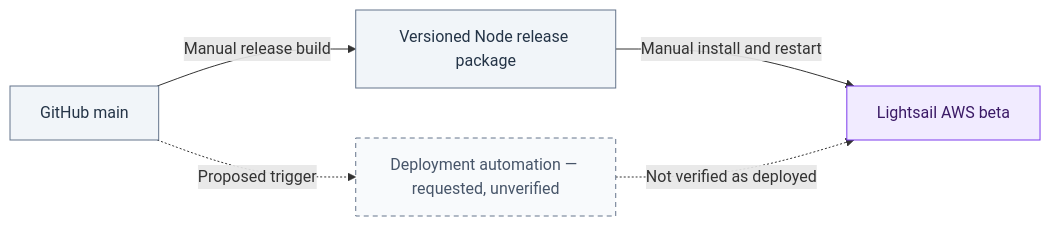
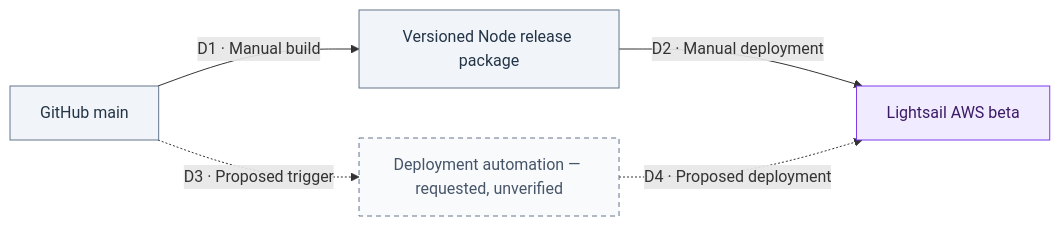
The second of 2 diagrams in docs/architecture.md (HewieTran/forrest-runs), drawn with Mermaid before and after one commit. The commit also changed other lines of this file, not shown here.

Commit message:
docs: number architecture connections and explain flow activities

````diff
--- a/docs/architecture.md
+++ b/docs/architecture.md
@@ -140,19 +162,19 @@
 ```mermaid
 flowchart LR
     source["GitHub main"]
     bundle["Versioned Node release package"]
     beta["Lightsail AWS beta"]
     automation["Deployment automation — requested, unverified"]
 
-    source -->|"Manual release build"| bundle
-    bundle -->|"Manual install and restart"| beta
-    source -.->|"Proposed trigger"| automation
-    automation -.->|"Not verified as deployed"| beta
+    source -->|"D1 · Manual build"| bundle
+    bundle -->|"D2 · Manual deployment"| beta
+    source -.->|"D3 · Proposed trigger"| automation
+    automation -.->|"D4 · Proposed deployment"| beta
 
     classDef delivery fill:#F1F5F9,stroke:#64748B,color:#243447
     classDef compute fill:#F1EBFF,stroke:#7C3AED,color:#3B1A66
     classDef proposed fill:#F8FAFC,stroke:#64748B,color:#475569,stroke-dasharray:5 4
     class source,bundle delivery
     class beta compute
     class automation proposed
 ```
````
